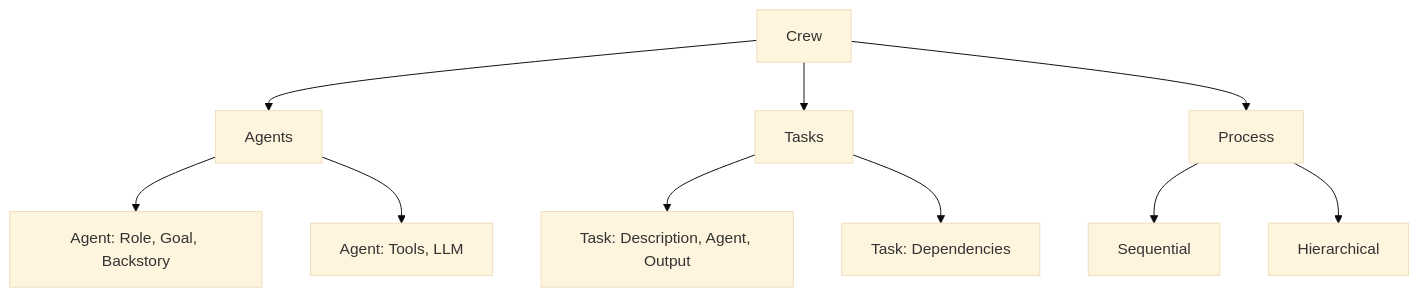
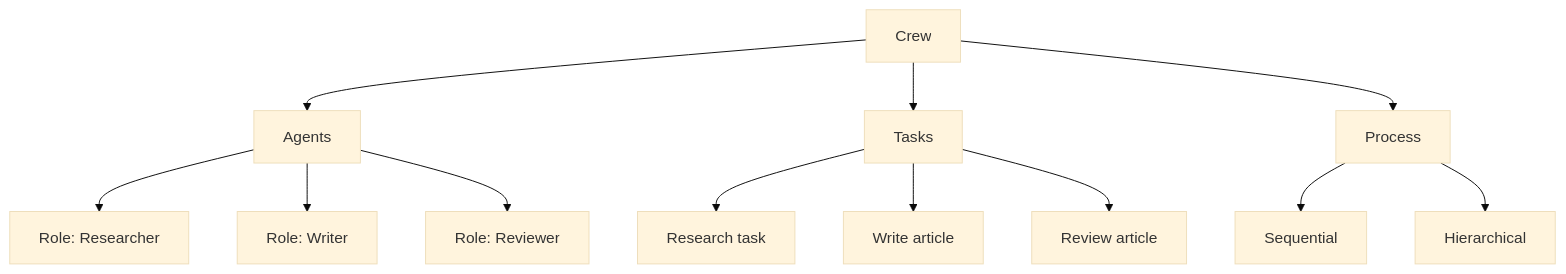
Before and after one commit to vanos001/placement_prep: the first of 3 diagrams in src/ml/agents/crewai.md, drawn with Mermaid (base theme). The commit also changed other lines of this file and 20 other files, not shown here.

````diff
--- a/src/ml/agents/crewai.md
+++ b/src/ml/agents/crewai.md
@@ -9,16 +9,17 @@
 ```mermaid
 graph TD
-    CREW[Crew]
-    CREW --> AGENTS[Agents]
+    CREW[Crew] --> AGENTS[Agents]
     CREW --> TASKS[Tasks]
-    CREW --> PROCESS[Process]
-
-    AGENTS --> A1[Agent: Role, Goal, Backstory]
-    AGENTS --> A2[Agent: Tools, LLM]
-
-    TASKS --> T1[Task: Description, Agent, Output]
-    TASKS --> T2[Task: Dependencies]
-
-    PROCESS --> P1[Sequential]
-    PROCESS --> P2[Hierarchical]
+    CREW --> PROC[Process]
+    
+    AGENTS --> A1[Role: Researcher]
+    AGENTS --> A2[Role: Writer]
+    AGENTS --> A3[Role: Reviewer]
+    
+    TASKS --> T1[Research task]
+    TASKS --> T2[Write article]
+    TASKS --> T3[Review article]
+    
+    PROC --> P1[Sequential]
+    PROC --> P2[Hierarchical]
 ```
````
